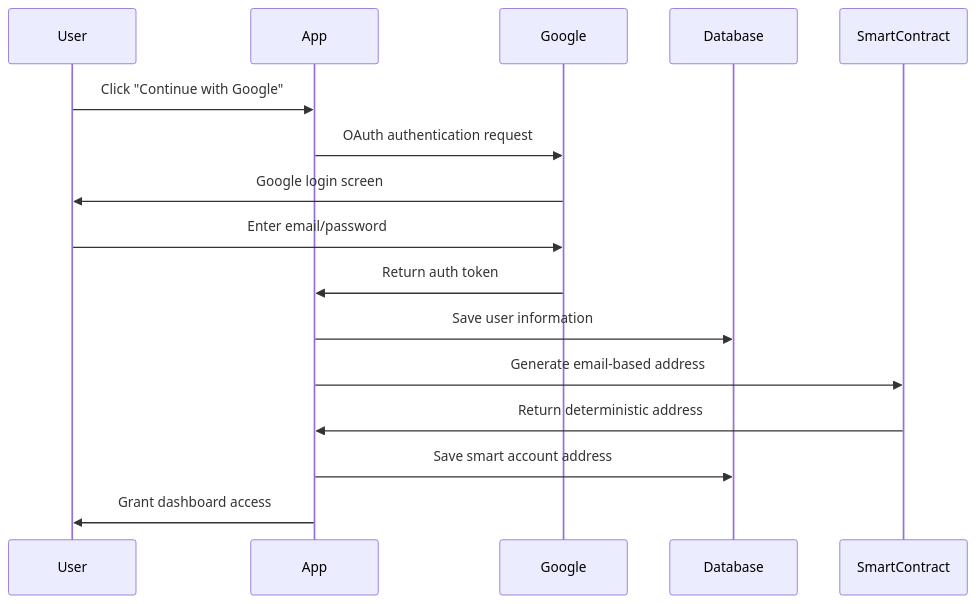
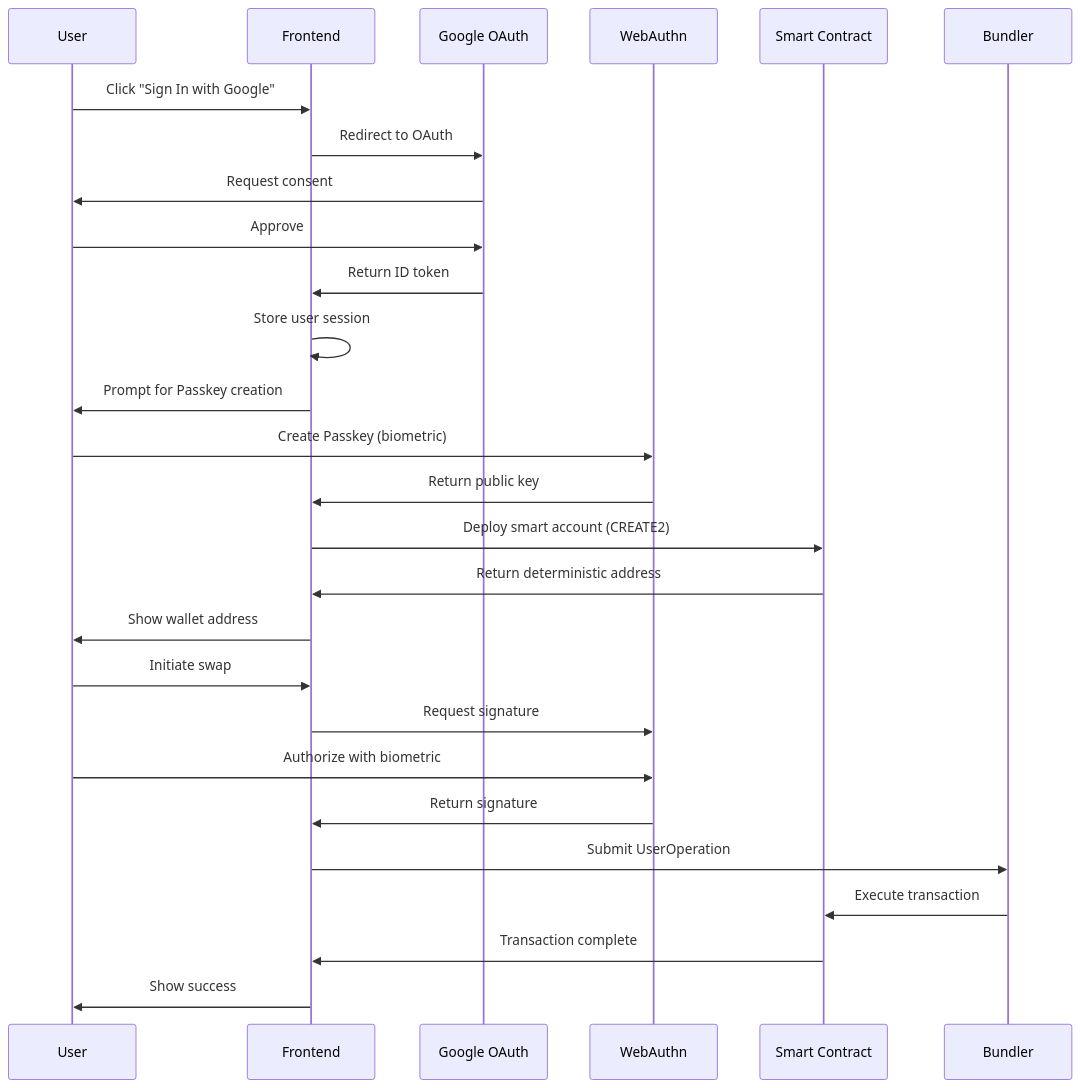
The diagram in README.md (FryderykFranciszekChopin/defi_in_oneclick), drawn with Mermaid before and after one commit. The commit also changed other lines of this file and 34 other files, not shown here.

````diff
--- a/README.md
+++ b/README.md
@@ -135,19 +517,36 @@
 ```mermaid
 sequenceDiagram
-    participant User
-    participant App
-    participant Google
-    participant Database
-    participant SmartContract
+    participant U as User
+    participant F as Frontend
+    participant G as Google OAuth
+    participant W as WebAuthn
+    participant S as Smart Contract
+    participant B as Bundler
+
+    %% Initial Signup
+    U->>F: Click "Sign In with Google"
+    F->>G: Redirect to OAuth
+    G->>U: Request consent
+    U->>G: Approve
+    G->>F: Return ID token
+    F->>F: Store user session
     
-    User->>App: Click "Continue with Google"
-    App->>Google: OAuth authentication request
-    Google->>User: Google login screen
-    User->>Google: Enter email/password
-    Google->>App: Return auth token
-    App->>Database: Save user information
-    App->>SmartContract: Generate email-based address
-    SmartContract->>App: Return deterministic address
-    App->>Database: Save smart account address
-    App->>User: Grant dashboard access
+    F->>U: Prompt for Passkey creation
+    U->>W: Create Passkey (biometric)
+    W->>F: Return public key
+    
+    F->>S: Deploy smart account (CREATE2)
+    S->>F: Return deterministic address
+    F->>U: Show wallet address
+    
+    %% Transaction Flow
+    U->>F: Initiate swap
+    F->>W: Request signature
+    U->>W: Authorize with biometric
+    W->>F: Return signature
+    
+    F->>B: Submit UserOperation
+    B->>S: Execute transaction
+    S->>F: Transaction complete
+    F->>U: Show success
 ```
````
